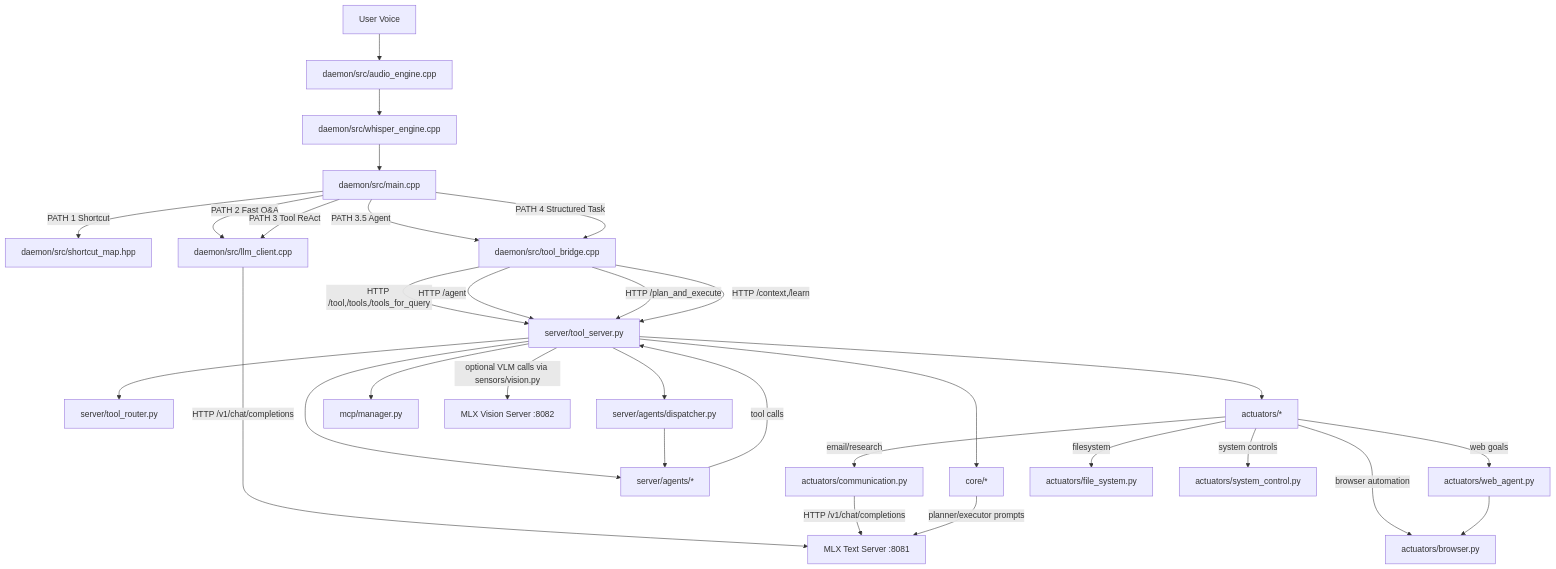
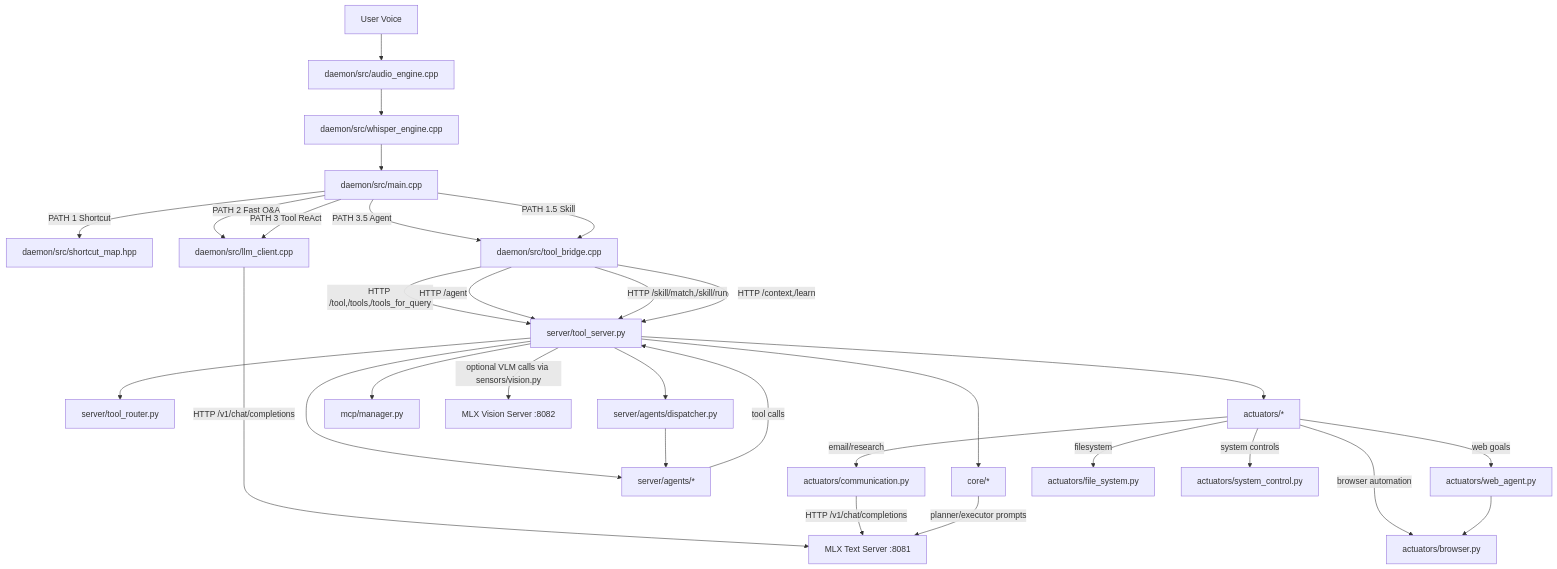
One commit to DEMACARTI/DEMASCAS changed the diagram in docs/ARCHITECTURE_GRAPH.md. Above: the diagram before and after it, drawn with Mermaid. The commit also changed other lines of this file and 32 other files, not shown here.

````diff
--- a/docs/ARCHITECTURE_GRAPH.md
+++ b/docs/ARCHITECTURE_GRAPH.md
@@ -5,40 +5,40 @@
 ```mermaid
 flowchart TD
     U[User Voice] --> A[daemon/src/audio_engine.cpp]
     A --> W[daemon/src/whisper_engine.cpp]
     W --> M[daemon/src/main.cpp]
 
     M -->|PATH 1 Shortcut| S[daemon/src/shortcut_map.hpp]
     M -->|PATH 2 Fast Q&A| L[daemon/src/llm_client.cpp]
     M -->|PATH 3 Tool ReAct| L
     M -->|PATH 3.5 Agent| TB[daemon/src/tool_bridge.cpp]
-    M -->|PATH 4 Structured Task| TB
+    M -->|PATH 1.5 Skill| TB
 
     L -->|HTTP /v1/chat/completions| TXT[MLX Text Server :8081]
     TB -->|HTTP /tool,/tools,/tools_for_query| TS[server/tool_server.py]
     TB -->|HTTP /agent| TS
-    TB -->|HTTP /plan_and_execute| TS
+    TB -->|HTTP /skill/match,/skill/run| TS
     TB -->|HTTP /context,/learn| TS
 
     TS --> R[server/tool_router.py]
     TS --> ACT[actuators/*]
     TS --> CORE[core/*]
     TS --> AGI[server/agents/dispatcher.py]
     TS --> AGENTS[server/agents/*]
     TS --> MCP[mcp/manager.py]
 
     AGI --> AGENTS
     AGENTS -->|tool calls| TS
 
     ACT -->|browser automation| BR[actuators/browser.py]
     ACT -->|web goals| WA[actuators/web_agent.py]
     ACT -->|email/research| COM[actuators/communication.py]
     ACT -->|filesystem| FS[actuators/file_system.py]
     ACT -->|system controls| SYS[actuators/system_control.py]
 
     WA --> BR
     COM -->|HTTP /v1/chat/completions| TXT
     CORE -->|planner/executor prompts| TXT
 
     TS -->|optional VLM calls via sensors/vision.py| VLM[MLX Vision Server :8082]
 ```
````
